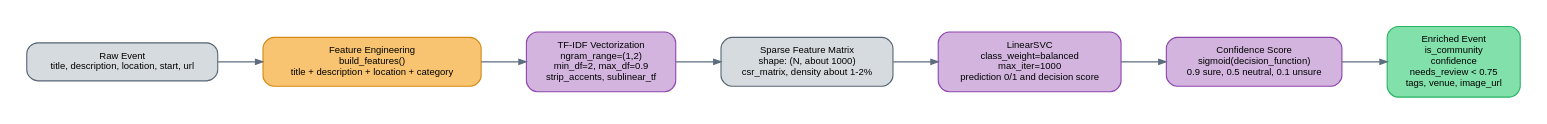
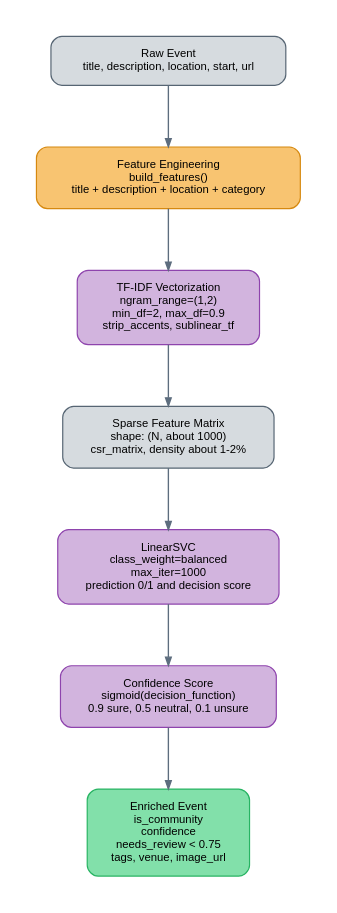
One commit to Envision-Perdido/EnvisionPerdido changed the diagram in docs/diagrams/src/data_transformation.dot. Above: the diagram before and after it, drawn with Graphviz. The commit also changed 6 other files, not shown here.

```diff
--- a/docs/diagrams/src/data_transformation.dot
+++ b/docs/diagrams/src/data_transformation.dot
@@ -1,15 +1,15 @@
 digraph data_transformation {
-    graph [rankdir=LR, bgcolor="white", pad=0.3, nodesep=0.45, ranksep=0.7, fontname="Helvetica"];
-    node [shape=box, style="rounded,filled", fontname="Helvetica", fontsize=10.5, color="#34495E", penwidth=1.2, margin="0.18,0.12"];
-    edge [color="#5D6D7E", penwidth=1.3, arrowsize=0.8, fontname="Helvetica", fontsize=10];
+    graph [rankdir=TB, bgcolor="white", pad=0.45, nodesep=0.65, ranksep=0.95, fontname="Helvetica"];
+    node [shape=box, style="rounded,filled", fontname="Helvetica", fontsize=12.5, color="#34495E", penwidth=1.3, margin="0.24,0.18"];
+    edge [color="#5D6D7E", penwidth=1.5, arrowsize=0.9, fontname="Helvetica", fontsize=11];
 
     RAW [label="Raw Event\ntitle, description, location, start, url", fillcolor="#D6DBDF", color="#566573"];
     FE [label="Feature Engineering\nbuild_features()\ntitle + description + location + category", fillcolor="#F8C471", color="#D68910"];
     TF [label="TF-IDF Vectorization\nngram_range=(1,2)\nmin_df=2, max_df=0.9\nstrip_accents, sublinear_tf", fillcolor="#D2B4DE", color="#8E44AD"];
     MAT [label="Sparse Feature Matrix\nshape: (N, about 1000)\ncsr_matrix, density about 1-2%", fillcolor="#D6DBDF", color="#566573"];
     SVM [label="LinearSVC\nclass_weight=balanced\nmax_iter=1000\nprediction 0/1 and decision score", fillcolor="#D2B4DE", color="#8E44AD"];
     CONF [label="Confidence Score\nsigmoid(decision_function)\n0.9 sure, 0.5 neutral, 0.1 unsure", fillcolor="#D2B4DE", color="#8E44AD"];
     ENR [label="Enriched Event\nis_community\nconfidence\nneeds_review < 0.75\ntags, venue, image_url", fillcolor="#82E0AA", color="#28B463"];
 
     RAW -> FE -> TF -> MAT -> SVM -> CONF -> ENR;
 }
```
